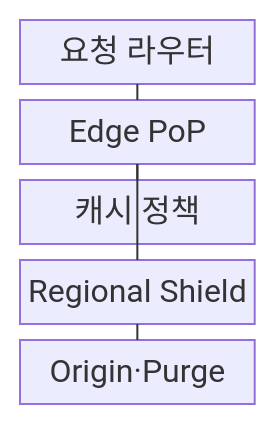
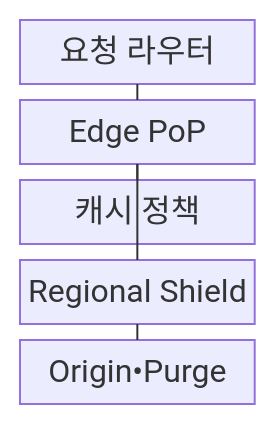
The first of 2 diagrams in src/content/docs/notes/03-software/181_cdn.md (agnusdei1207/knowledge-base), drawn with Mermaid before and after one commit. The commit also changed other lines of this file and 953 other files, not shown here.

````diff
--- a/src/content/docs/notes/03-software/181_cdn.md
+++ b/src/content/docs/notes/03-software/181_cdn.md
@@ -69,13 +69,13 @@
 ```mermaid
 block
     columns 1
     A["요청 라우터"]
     B["Edge PoP"]
     C["캐시 정책"]
     D["Regional Shield"]
-    E["Origin·Purge"]
+    E["Origin•Purge"]
     A --- B
     B --- C
     B --- D
     D --- E
 ```
````
